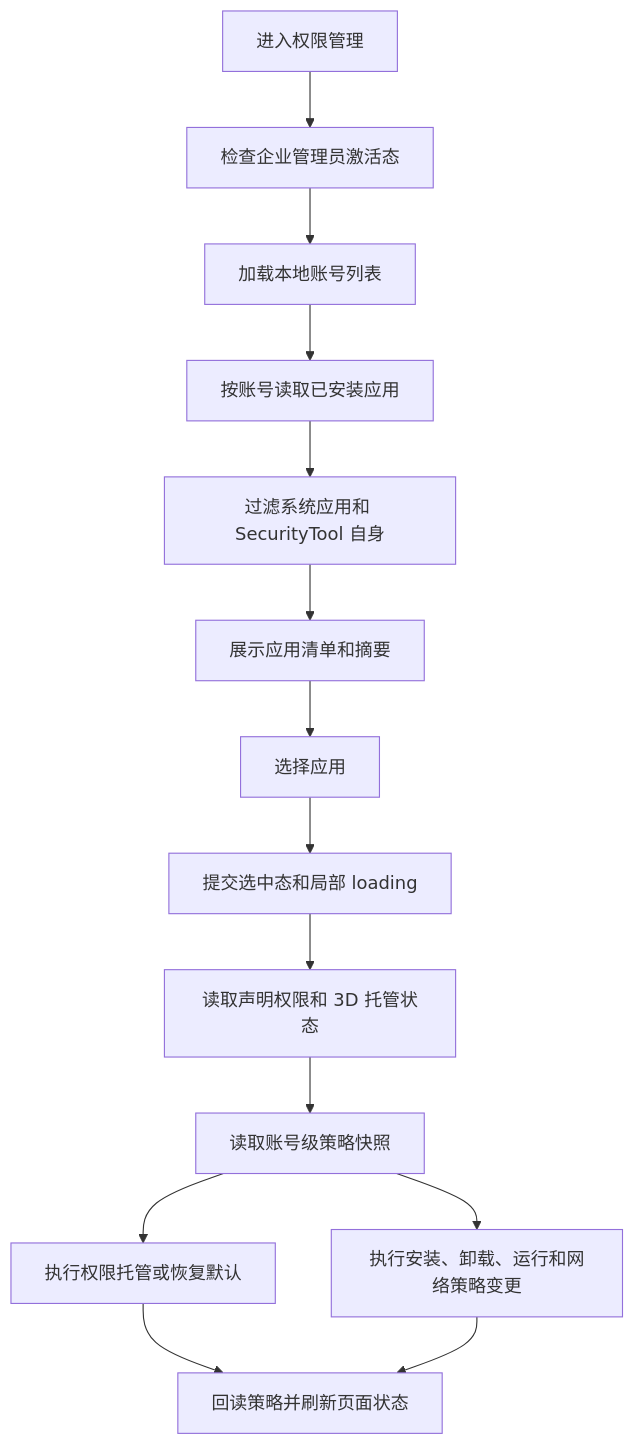
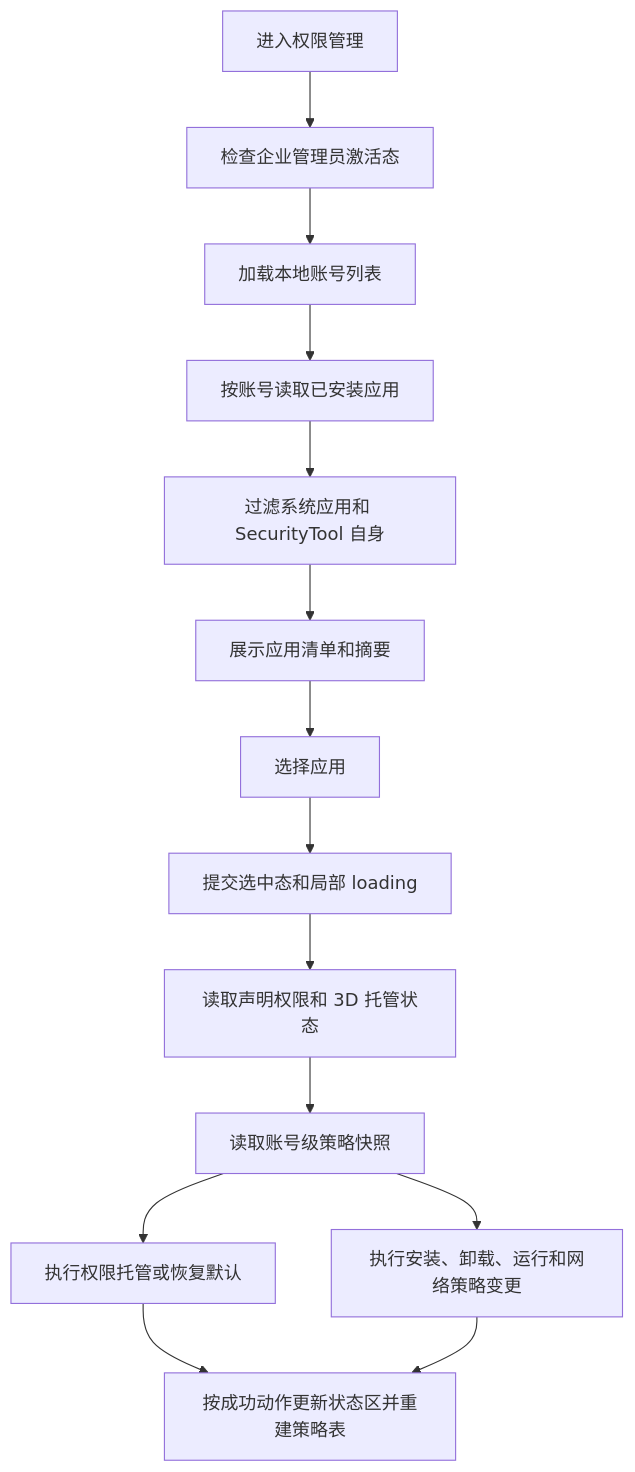
The diagram in docs/03-模块设计/权限管理组件设计说明.md (Deslord319/security_tool), drawn with Mermaid before and after one commit. The commit also changed other lines of this file and 11 other files, not shown here.

````diff
--- a/docs/03-模块设计/权限管理组件设计说明.md
+++ b/docs/03-模块设计/权限管理组件设计说明.md
@@ -142,16 +156,16 @@
 ```mermaid
 flowchart TD
   A["进入权限管理"] --> B["检查企业管理员激活态"]
   B --> C["加载本地账号列表"]
   C --> D["按账号读取已安装应用"]
   D --> E["过滤系统应用和 SecurityTool 自身"]
   E --> G["展示应用清单和摘要"]
   G --> H["选择应用"]
   H --> I["提交选中态和局部 loading"]
   I --> J["读取声明权限和 3D 托管状态"]
   J --> N["读取账号级策略快照"]
   N --> K["执行权限托管或恢复默认"]
   N --> L["执行安装、卸载、运行和网络策略变更"]
-  K --> M["回读策略并刷新页面状态"]
+  K --> M["按成功动作更新状态区并重建策略表"]
   L --> M
 ```
````
